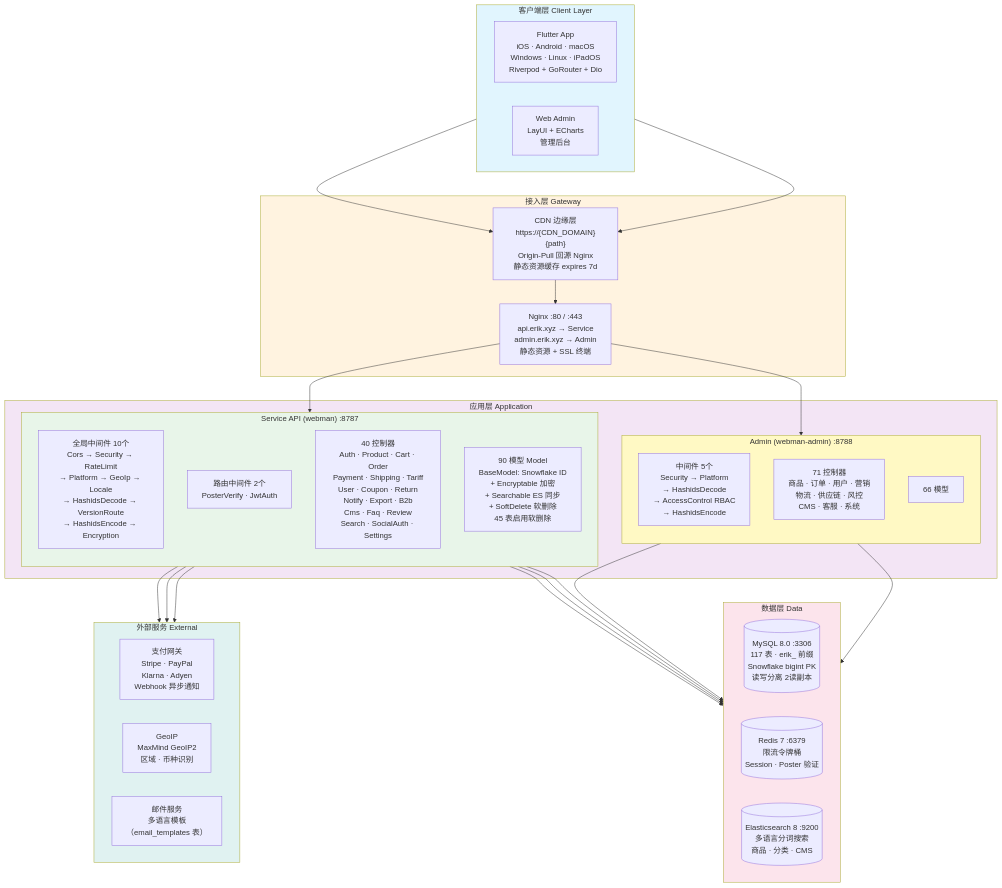
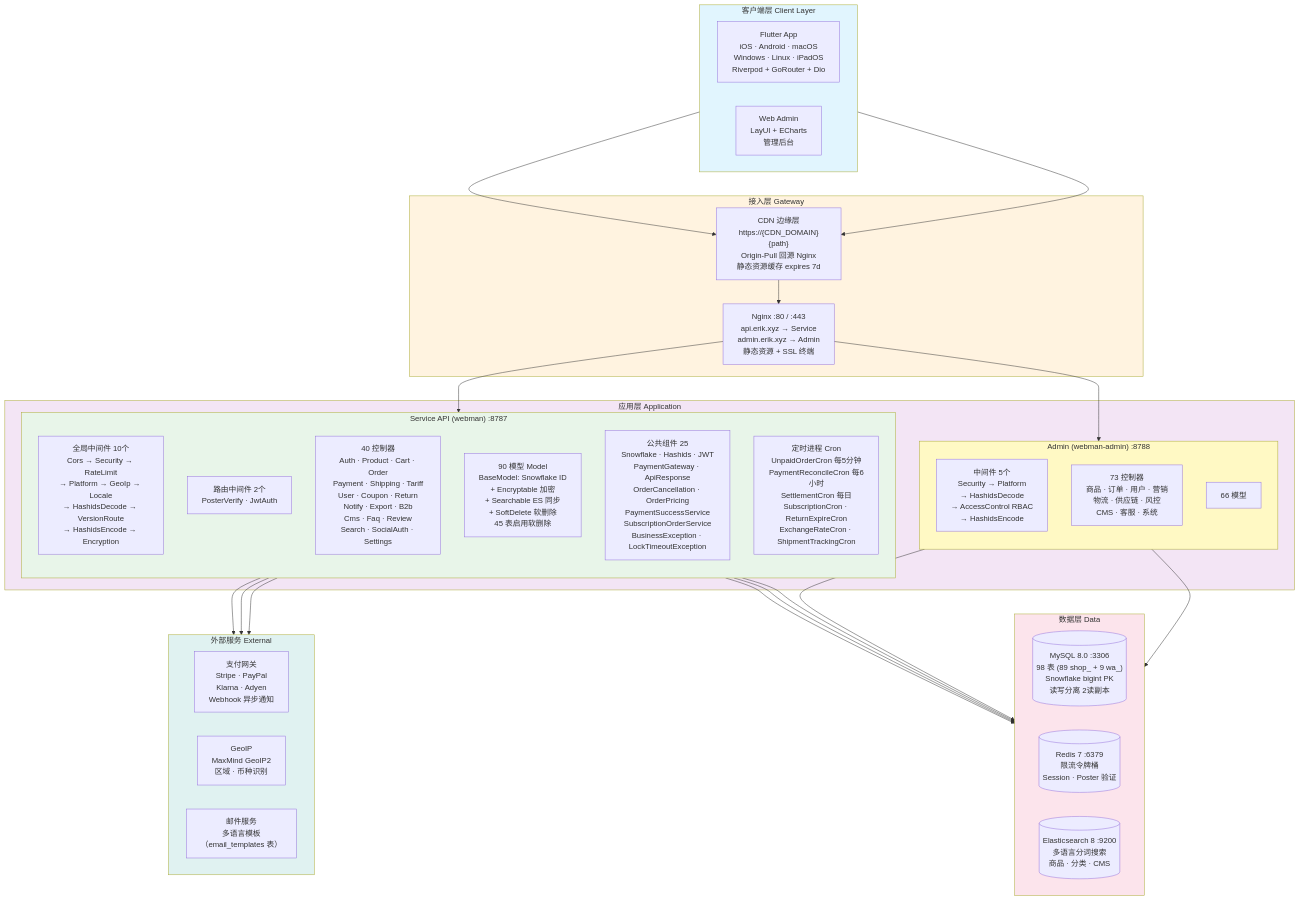
Before and after one commit to erikwang2013/erik-shop: the diagram in docs/01-system-architecture.mmd, drawn with Mermaid. The commit also changed 15 other files, not shown here.

First line of the commit message:
docs: 重新渲染 8 张架构图与流程图 SVG

```diff
--- a/docs/01-system-architecture.mmd
+++ b/docs/01-system-architecture.mmd
@@ -1,63 +1,65 @@
 graph TB
     subgraph Clients["客户端层 Client Layer"]
         direction LR
         FL["Flutter App<br/>iOS · Android · macOS<br/>Windows · Linux · iPadOS<br/>Riverpod + GoRouter + Dio"]
         WB["Web Admin<br/>LayUI + ECharts<br/>管理后台"]
     end
 
     subgraph Gateway["接入层 Gateway"]
         CDN["CDN 边缘层<br/>https://{CDN_DOMAIN}{path}<br/>Origin-Pull 回源 Nginx<br/>静态资源缓存 expires 7d"]
         NG["Nginx :80 / :443<br/>api.erik.xyz → Service<br/>admin.erik.xyz → Admin<br/>静态资源 + SSL 终端"]
     end
 
     subgraph Apps["应用层 Application"]
         subgraph Service["Service API (webman) :8787"]
             direction TB
             MW["全局中间件 10个<br/>Cors → Security → RateLimit<br/>→ Platform → GeoIp → Locale<br/>→ HashidsDecode → VersionRoute<br/>→ HashidsEncode → Encryption"]
             RT["路由中间件 2个<br/>PosterVerify · JwtAuth"]
             CTRL["40 控制器<br/>Auth · Product · Cart · Order<br/>Payment · Shipping · Tariff<br/>User · Coupon · Return<br/>Notify · Export · B2b<br/>Cms · Faq · Review<br/>Search · SocialAuth · Settings"]
             MDL["90 模型 Model<br/>BaseModel: Snowflake ID<br/>+ Encryptable 加密<br/>+ Searchable ES 同步<br/>+ SoftDelete 软删除<br/>45 表启用软删除"]
+            CMN["公共组件 25<br/>Snowflake · Hashids · JWT<br/>PaymentGateway · ApiResponse<br/>OrderCancellation · OrderPricing<br/>PaymentSuccessService<br/>SubscriptionOrderService<br/>BusinessException · LockTimeoutException"]
+            PROC["定时进程 Cron<br/>UnpaidOrderCron 每5分钟<br/>PaymentReconcileCron 每6小时<br/>SettlementCron 每日<br/>SubscriptionCron · ReturnExpireCron<br/>ExchangeRateCron · ShipmentTrackingCron"]
         end
         subgraph Admin["Admin (webman-admin) :8788"]
             direction TB
             AMW["中间件 5个<br/>Security → Platform<br/>→ HashidsDecode<br/>→ AccessControl RBAC<br/>→ HashidsEncode"]
-            ACTRL["71 控制器<br/>商品 · 订单 · 用户 · 营销<br/>物流 · 供应链 · 风控<br/>CMS · 客服 · 系统"]
+            ACTRL["73 控制器<br/>商品 · 订单 · 用户 · 营销<br/>物流 · 供应链 · 风控<br/>CMS · 客服 · 系统"]
             AMDL["66 模型"]
         end
     end
 
     subgraph Data["数据层 Data"]
         direction LR
-        MySQL[("MySQL 8.0 :3306<br/>117 表 · erik_ 前缀<br/>Snowflake bigint PK<br/>读写分离 2读副本")]
+        MySQL[("MySQL 8.0 :3306<br/>98 表 (89 shop_ + 9 wa_)<br/>Snowflake bigint PK<br/>读写分离 2读副本")]
         Redis[("Redis 7 :6379<br/>限流令牌桶<br/>Session · Poster 验证")]
         ES[("Elasticsearch 8 :9200<br/>多语言分词搜索<br/>商品 · 分类 · CMS")]
     end
 
     subgraph External["外部服务 External"]
         direction LR
         Pay["支付网关<br/>Stripe · PayPal<br/>Klarna · Adyen<br/>Webhook 异步通知"]
         Geo["GeoIP<br/>MaxMind GeoIP2<br/>区域 · 币种识别"]
         Email["邮件服务<br/>多语言模板<br/>（email_templates 表）"]
     end
 
     FL --> CDN
     WB --> CDN
     CDN --> NG
     NG --> Service
     NG --> Admin
     Service --> MySQL
     Service --> Redis
     Service --> ES
     Service --> Pay
     Service --> Geo
     Service --> Email
     Admin --> MySQL
     Admin --> Redis
 
     style Clients fill:#e1f5fe
     style Gateway fill:#fff3e0
     style Apps fill:#f3e5f5
     style Service fill:#e8f5e9
     style Admin fill:#fff9c4
     style Data fill:#fce4ec
     style External fill:#e0f2f1
```
